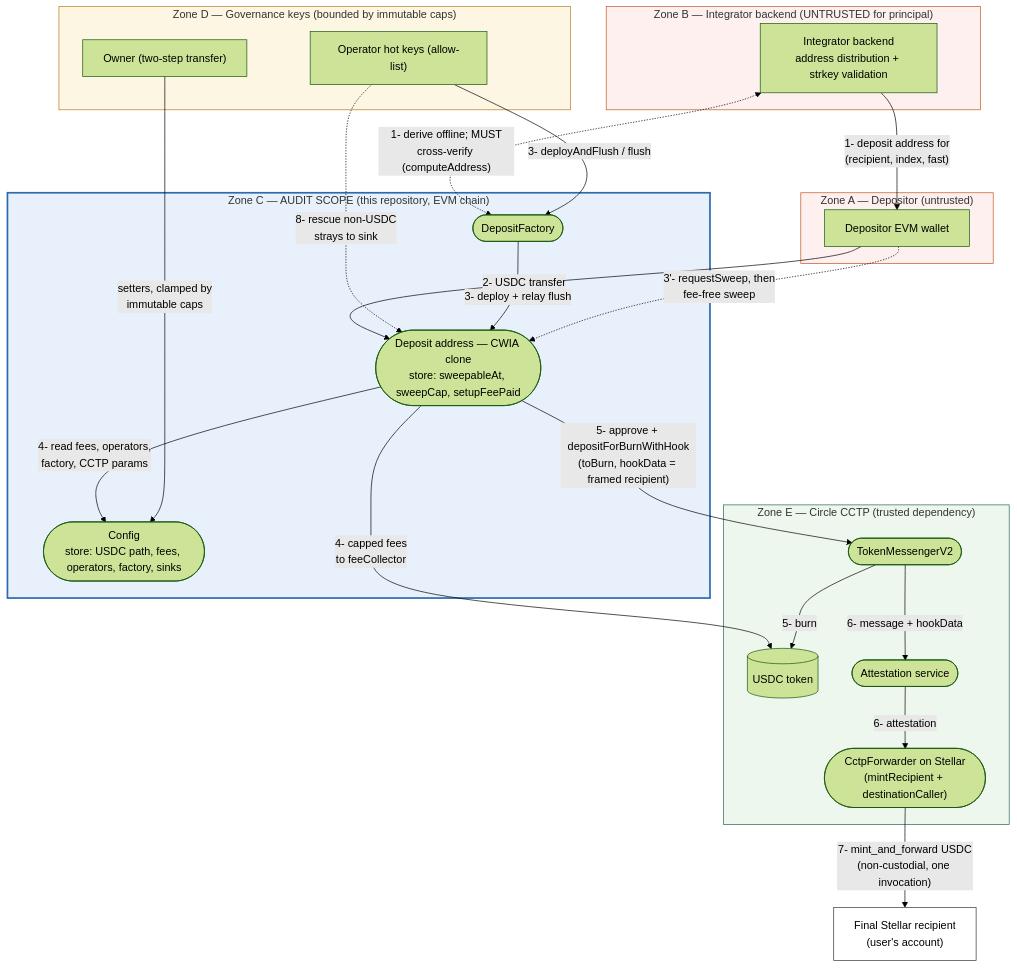
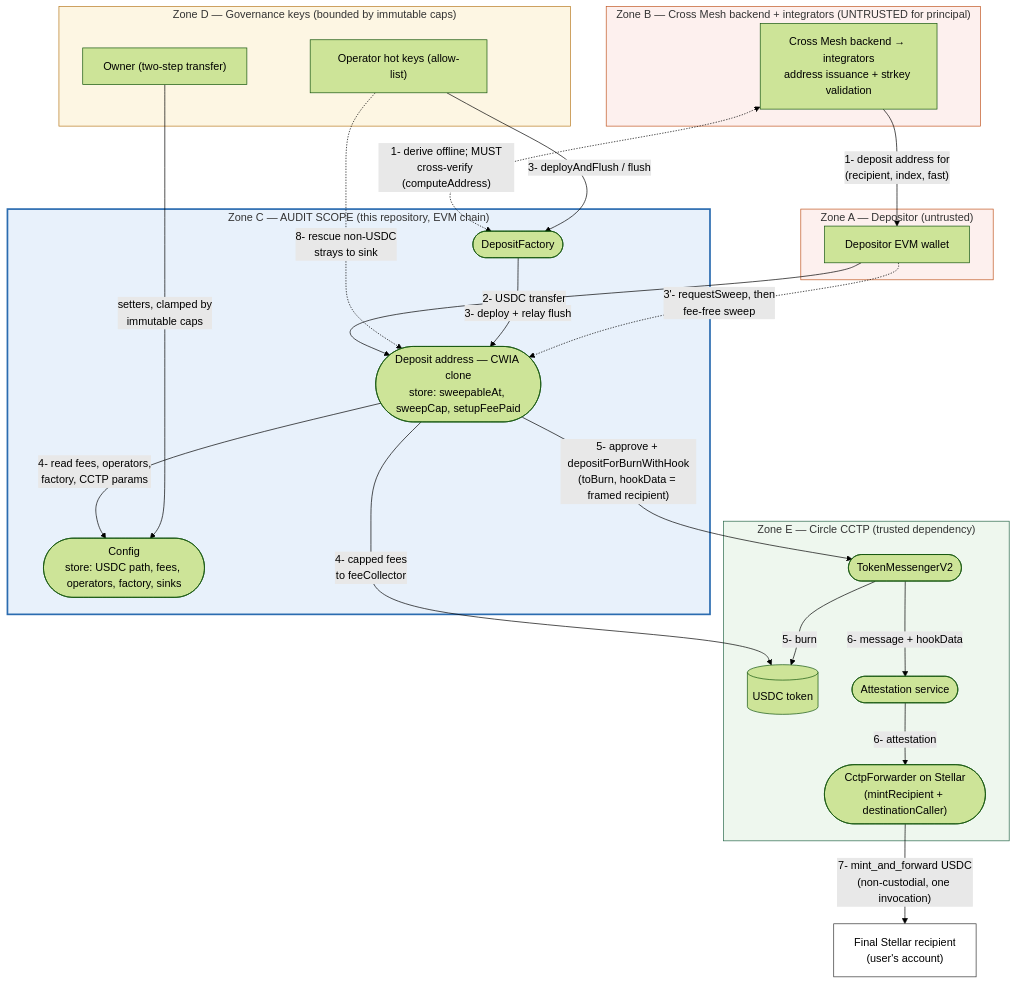
One commit to lightsail-network/crossmesh-ingress-contracts changed the diagram in docs/THREAT-MODEL.md. Above: the diagram before and after it, drawn with Mermaid (forest theme). The commit also changed other lines of this file and 1 other file, not shown here.

First line of the commit message:
docs: name the parties — Cross Mesh (the service) and integrators — and define both

````diff
--- a/docs/THREAT-MODEL.md
+++ b/docs/THREAT-MODEL.md
@@ -63,48 +69,48 @@
 ```mermaid
 flowchart TB
-    subgraph Z2["Zone B — Integrator backend (UNTRUSTED for principal)"]
-        BE["Integrator backend\naddress distribution + strkey validation"]
+    subgraph Z2["Zone B — Cross Mesh backend + integrators (UNTRUSTED for principal)"]
+        BE["Cross Mesh backend → integrators\naddress issuance + strkey validation"]
     end
     subgraph Z1["Zone A — Depositor (untrusted)"]
         U["Depositor EVM wallet"]
     end
     subgraph Z4["Zone D — Governance keys (bounded by immutable caps)"]
         OP["Operator hot keys (allow-list)"]
         OWN["Owner (two-step transfer)"]
     end
     subgraph Z3["Zone C — AUDIT SCOPE (this repository, EVM chain)"]
         F(["DepositFactory"])
         D(["Deposit address — CWIA clone\nstore: sweepableAt, sweepCap, setupFeePaid"])
         C(["Config\nstore: USDC path, fees, operators, factory, sinks"])
     end
     subgraph Z5["Zone E — Circle CCTP (trusted dependency)"]
         USDC[(USDC token)]
         TM(["TokenMessengerV2"])
         ATT(["Attestation service"])
         SF(["CctpForwarder on Stellar\n(mintRecipient + destinationCaller)"])
     end
     R["Final Stellar recipient\n(user's account)"]
 
     BE <-. "1- derive offline; MUST\ncross-verify (computeAddress)" .-> F
     BE -- "1- deposit address for\n(recipient, index, fast)" --> U
     U -- "2- USDC transfer" --> D
     OP -- "3- deployAndFlush / flush" --> F
     OP -. "8- rescue non-USDC\nstrays to sink" .-> D
     F -- "3- deploy + relay flush" --> D
     U -. "3'- requestSweep, then\nfee-free sweep" .-> D
     D -- "4- read fees, operators,\nfactory, CCTP params" --> C
     OWN -- "setters, clamped by\nimmutable caps" --> C
     D -- "4- capped fees\nto feeCollector" --> USDC
     D -- "5- approve + depositForBurnWithHook\n(toBurn, hookData = framed recipient)" --> TM
     TM -- "5- burn" --> USDC
     TM -- "6- message + hookData" --> ATT
     ATT -- "6- attestation" --> SF
     SF -- "7- mint_and_forward USDC\n(non-custodial, one invocation)" --> R
 
     style Z3 fill:#e8f1fb,stroke:#2b6cb0,stroke-width:2.5px
     style Z1 fill:#fdf0ee,stroke:#c05621
     style Z2 fill:#fdf0ee,stroke:#c05621
     style Z4 fill:#fdf6e3,stroke:#b7791f
     style Z5 fill:#eef7ee,stroke:#276749
     style R fill:#ffffff,stroke:#333
 ```
````
